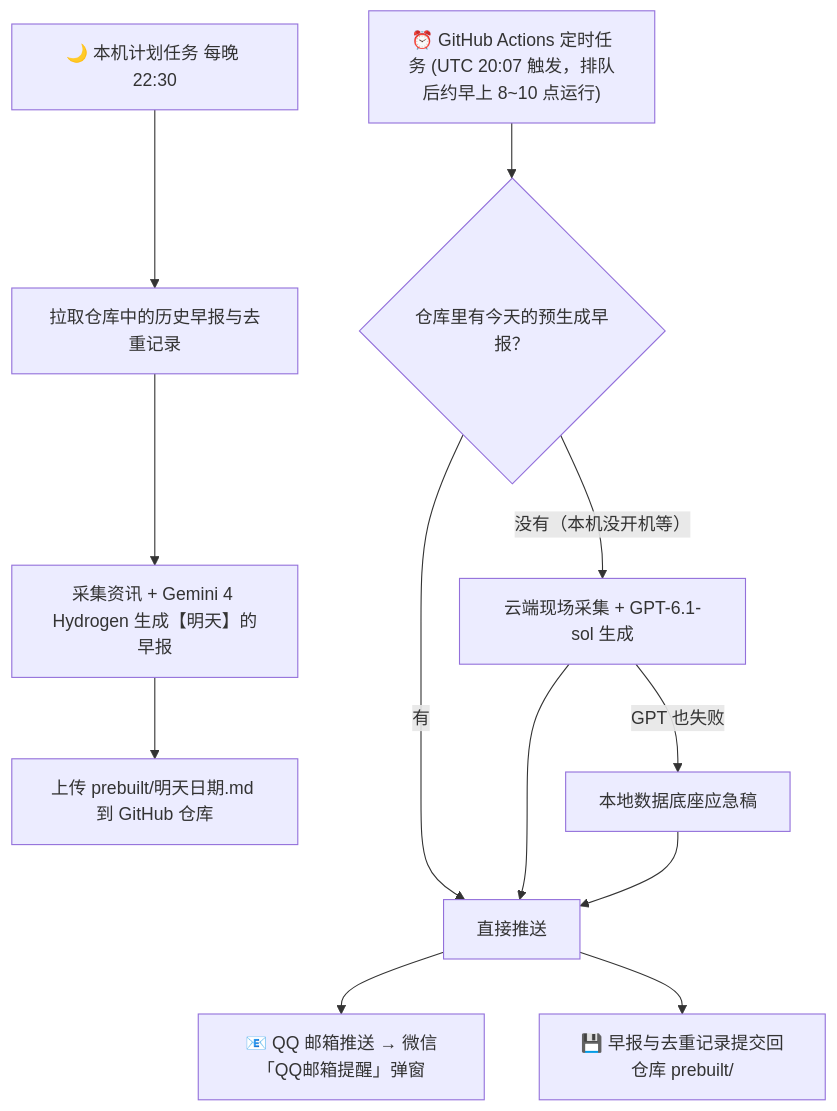
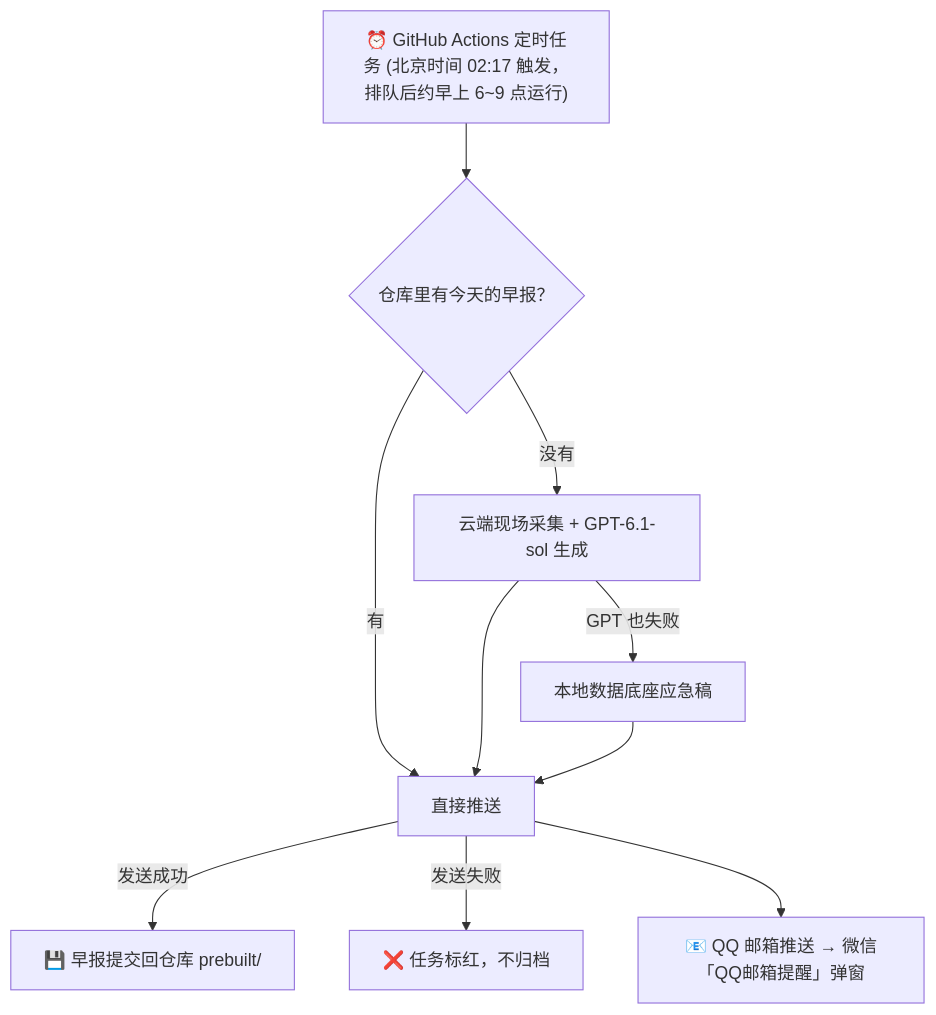
The diagram in README.md (zjh-fyy/daily-ai-digest), drawn with Mermaid before and after one commit. The commit also changed other lines of this file and 3 other files, not shown here.

````diff
--- a/README.md
+++ b/README.md
@@ -31,15 +31,12 @@
 ```mermaid
 flowchart TD
-    A["🌙 本机计划任务 每晚 22:30"] --> A1["拉取仓库中的历史早报与去重记录"]
-    A1 --> A2["采集资讯 + Gemini 4 Hydrogen 生成【明天】的早报"]
-    A2 --> A3["上传 prebuilt/明天日期.md 到 GitHub 仓库"]
-
-    B["⏰ GitHub Actions 定时任务 (UTC 20:07 触发，排队后约早上 8~10 点运行)"] --> C{"仓库里有今天的预生成早报？"}
+    B["⏰ GitHub Actions 定时任务 (北京时间 02:17 触发，排队后约早上 6~9 点运行)"] --> C{"仓库里有今天的早报？"}
     C -->|有| D["直接推送"]
-    C -->|没有（本机没开机等）| E["云端现场采集 + GPT-6.1-sol 生成"]
+    C -->|没有| E["云端现场采集 + GPT-6.1-sol 生成"]
     E -->|GPT 也失败| F["本地数据底座应急稿"]
     E --> D
     F --> D
+    D -->|发送成功| H["💾 早报提交回仓库 prebuilt/"]
+    D -->|发送失败| X["❌ 任务标红，不归档"]
     D --> G["📧 QQ 邮箱推送 → 微信「QQ邮箱提醒」弹窗"]
-    D --> H["💾 早报与去重记录提交回仓库 prebuilt/"]
 ```
````
